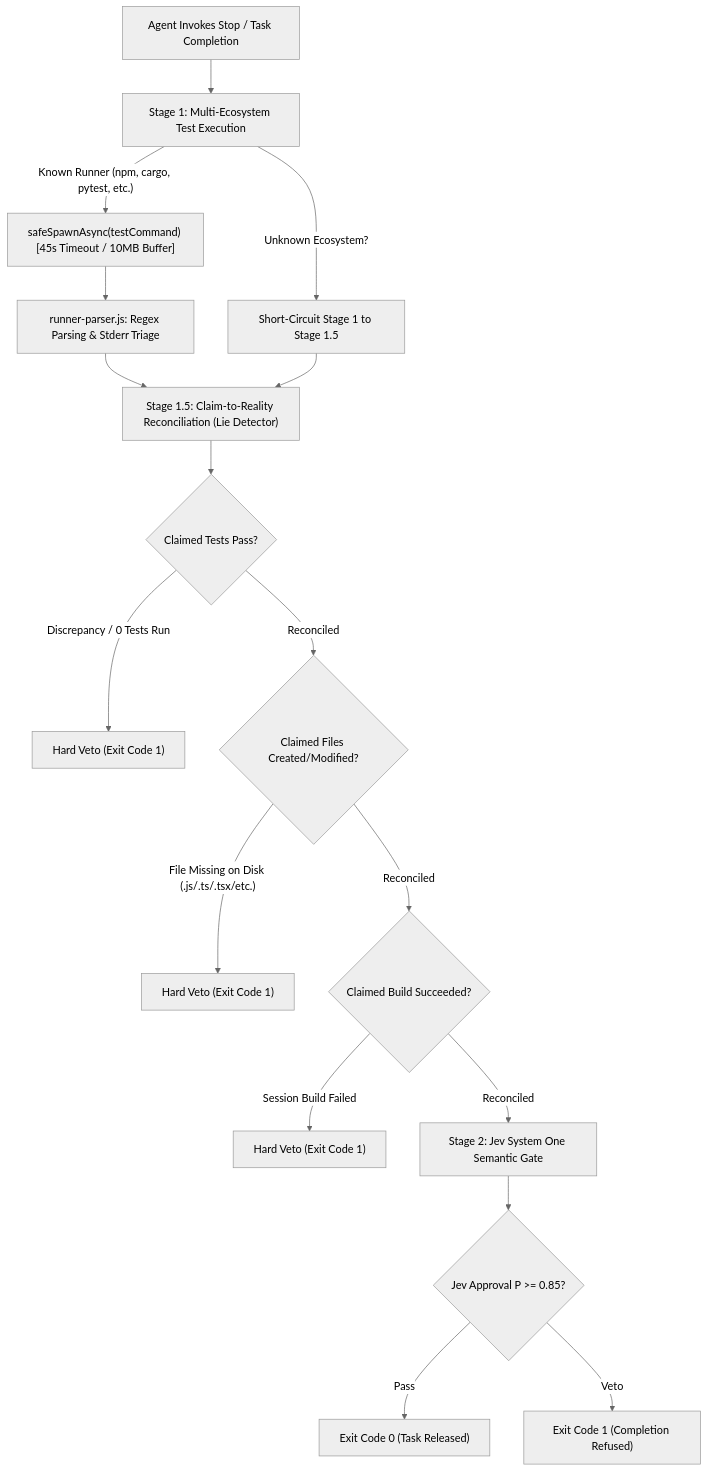
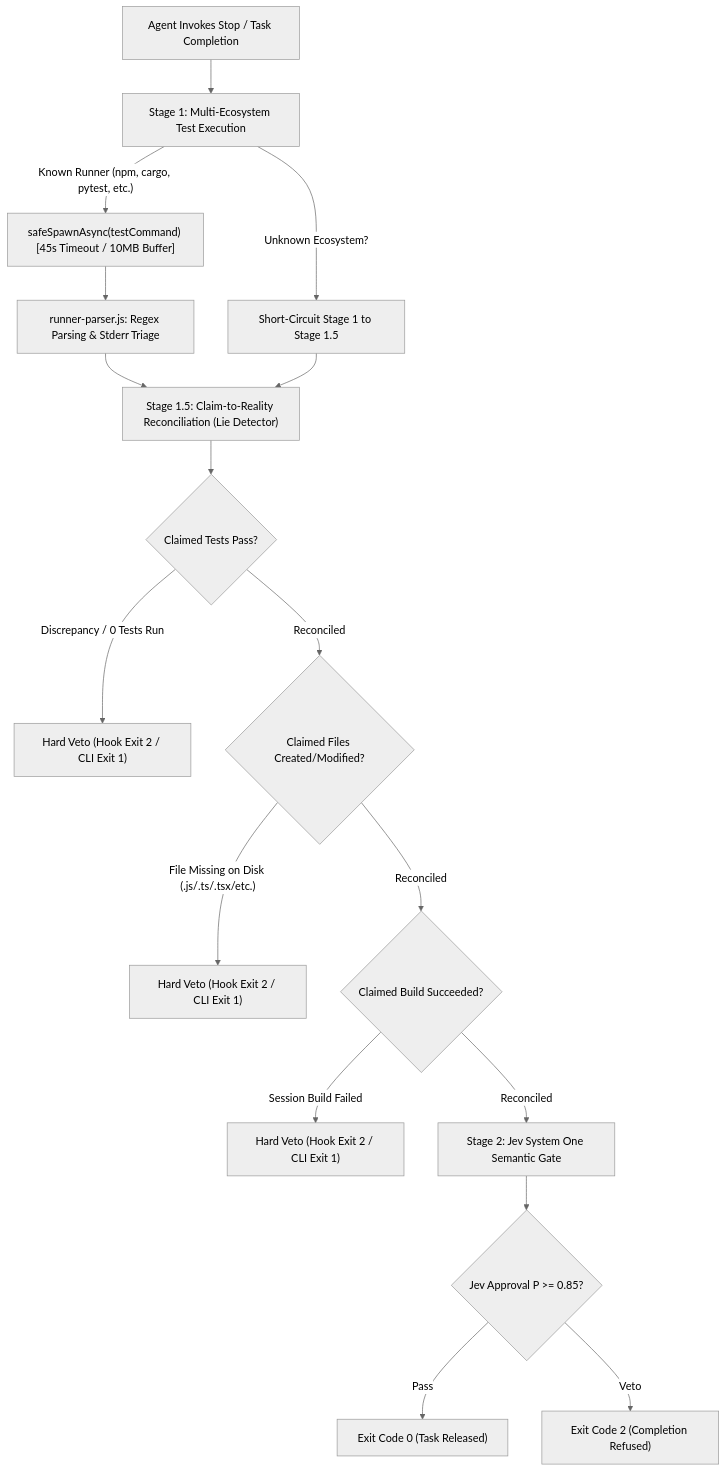
One commit to SamarVScode/AgentAegis_V2.0---Universal-Cognitive-Interceptor-and-Vetting-Harness changed the second of 3 diagrams in README.md. Above: the diagram before and after it, drawn with Mermaid (neutral theme). The commit also changed other lines of this file and 14 other files, not shown here.

````diff
--- a/README.md
+++ b/README.md
@@ -106,24 +109,24 @@
 ```mermaid
 flowchart TD
     Stop["Agent Invokes Stop / Task Completion"] --> Stage1["Stage 1: Multi-Ecosystem Test Execution"]
     Stage1 -->|"Unknown Ecosystem?"| ShortCircuit["Short-Circuit Stage 1 to Stage 1.5"]
     Stage1 -->|"Known Runner (npm, cargo, pytest, etc.)"| RunTests["safeSpawnAsync(testCommand) [45s Timeout / 10MB Buffer]"]
     RunTests --> ParseOutput["runner-parser.js: Regex Parsing & Stderr Triage"]
     
     ParseOutput --> Stage15["Stage 1.5: Claim-to-Reality Reconciliation (Lie Detector)"]
     ShortCircuit --> Stage15
     
     Stage15 --> AuditTests{"Claimed Tests Pass?"}
-    AuditTests -->|"Discrepancy / 0 Tests Run"| HardVeto1["Hard Veto (Exit Code 1)"]
+    AuditTests -->|"Discrepancy / 0 Tests Run"| HardVeto1["Hard Veto (Hook Exit 2 / CLI Exit 1)"]
     AuditTests -->|"Reconciled"| AuditFiles{"Claimed Files Created/Modified?"}
     
-    AuditFiles -->|"File Missing on Disk (.js/.ts/.tsx/etc.)"| HardVeto2["Hard Veto (Exit Code 1)"]
+    AuditFiles -->|"File Missing on Disk (.js/.ts/.tsx/etc.)"| HardVeto2["Hard Veto (Hook Exit 2 / CLI Exit 1)"]
     AuditFiles -->|"Reconciled"| AuditBuild{"Claimed Build Succeeded?"}
     
-    AuditBuild -->|"Session Build Failed"| HardVeto3["Hard Veto (Exit Code 1)"]
+    AuditBuild -->|"Session Build Failed"| HardVeto3["Hard Veto (Hook Exit 2 / CLI Exit 1)"]
     AuditBuild -->|"Reconciled"| Stage2["Stage 2: Jev System One Semantic Gate"]
     
     Stage2 --> JevCheck{"Jev Approval P >= 0.85?"}
     JevCheck -->|"Pass"| ExitSuccess["Exit Code 0 (Task Released)"]
-    JevCheck -->|"Veto"| ExitVeto["Exit Code 1 (Completion Refused)"]
+    JevCheck -->|"Veto"| ExitVeto["Exit Code 2 (Completion Refused)"]
 ```
````
